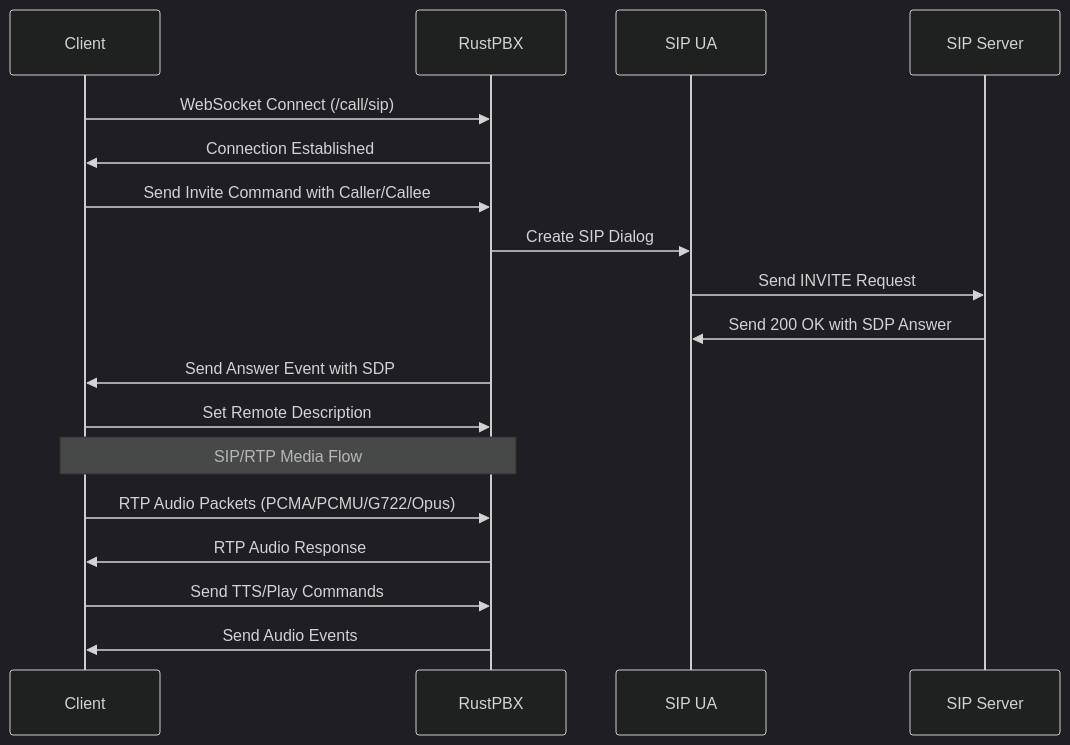
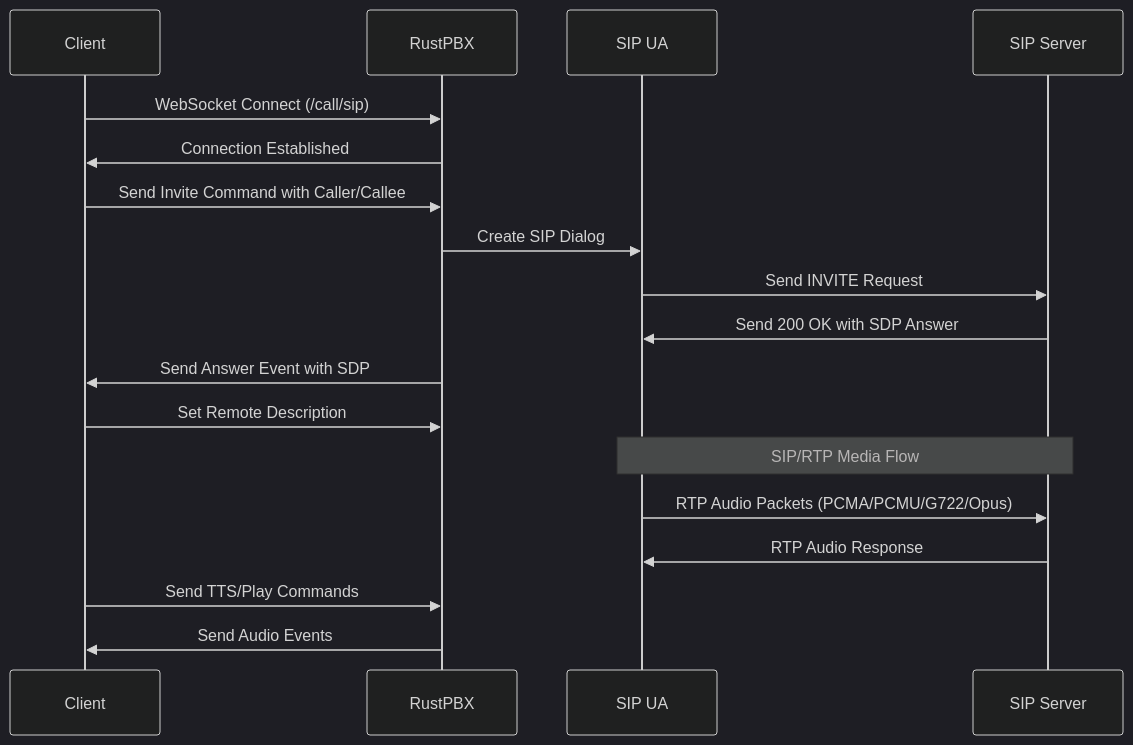
One commit to restsend/rustpbx changed the third of 3 diagrams in docs/api.md. Above: the diagram before and after it, drawn with Mermaid (dark theme). The commit also changed 7 other files, not shown here.

````diff
--- a/docs/api.md
+++ b/docs/api.md
@@ -124,25 +124,25 @@
 ```mermaid
 sequenceDiagram
     participant Client
     participant RustPBX
     participant SIP UA
     participant SIP Server
 
     Client->>RustPBX: WebSocket Connect (/call/sip)
     RustPBX->>Client: Connection Established
     
     Client->>RustPBX: Send Invite Command with Caller/Callee
     RustPBX->>SIP UA: Create SIP Dialog
     SIP UA->>SIP Server: Send INVITE Request
     SIP Server->>SIP UA: Send 200 OK with SDP Answer
     
     RustPBX->>Client: Send Answer Event with SDP
     Client->>RustPBX: Set Remote Description
     
-    Note over Client,RustPBX: SIP/RTP Media Flow
-    Client->>RustPBX: RTP Audio Packets (PCMA/PCMU/G722/Opus)
-    RustPBX->>Client: RTP Audio Response
+    Note over SIP UA,SIP Server: SIP/RTP Media Flow
+    SIP UA->>SIP Server: RTP Audio Packets (PCMA/PCMU/G722/Opus)
+    SIP Server->>SIP UA: RTP Audio Response
     
     Client->>RustPBX: Send TTS/Play Commands
     RustPBX->>Client: Send Audio Events
 ```
````
